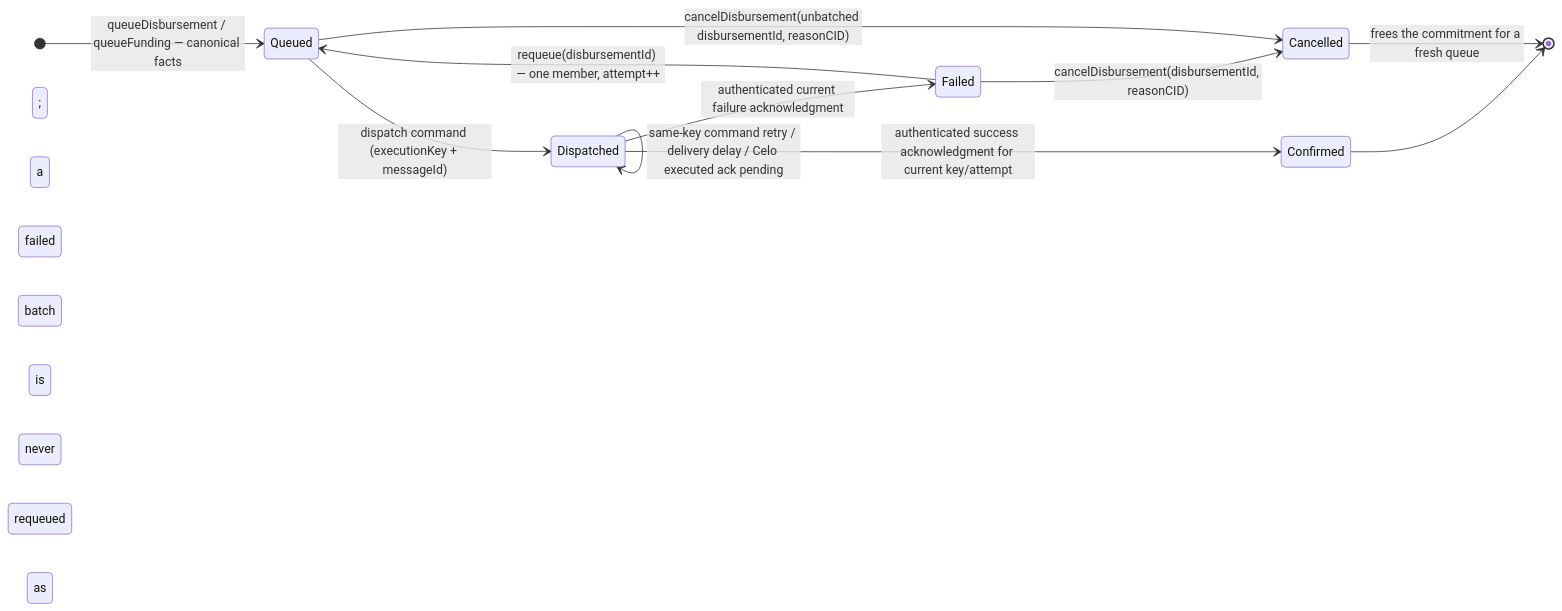
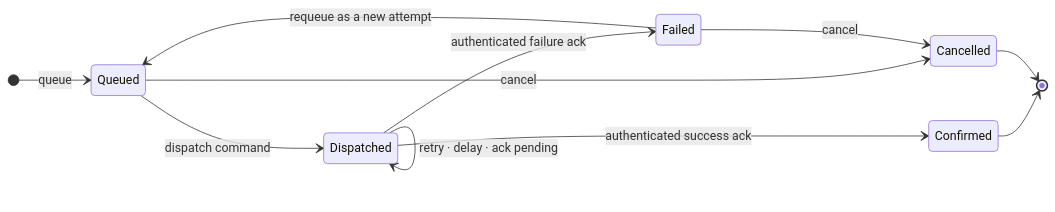
Before and after one commit to greenpill-dev-guild/green-goods: diagram 24 of 34 in .plans/active/commitment-pooling/diagrams.md, drawn with Mermaid. The commit also changed other lines of this file and 2 other files, not shown here.

First line of the commit message:
docs(plans): commitment pooling gallery — Reference tab, diagram declutter, render fixes

````diff
--- a/.plans/active/commitment-pooling/diagrams.md
+++ b/.plans/active/commitment-pooling/diagrams.md
@@ -1224,14 +1220,14 @@
 ```mermaid
 stateDiagram-v2
   direction LR
-  [*] --> Queued : queueDisbursement / queueFunding — canonical facts
-  Queued --> Dispatched : dispatch command (executionKey + messageId)
-  Dispatched --> Dispatched : same-key command retry / delivery delay / Celo executed ack pending
-  Dispatched --> Confirmed : authenticated success acknowledgment for current key/attempt
-  Dispatched --> Failed : authenticated current failure acknowledgment
-  Failed --> Queued : requeue(disbursementId) — one member, attempt++; a failed batch is never requeued as a batch
-  Failed --> Cancelled : cancelDisbursement(disbursementId, reasonCID)
-  Queued --> Cancelled : cancelDisbursement(unbatched disbursementId, reasonCID)
+  [*] --> Queued : queue
+  Queued --> Dispatched : dispatch command
+  Dispatched --> Dispatched : retry · delay · ack pending
+  Dispatched --> Confirmed : authenticated success ack
+  Dispatched --> Failed : authenticated failure ack
+  Failed --> Queued : requeue as a new attempt
+  Queued --> Cancelled : cancel
+  Failed --> Cancelled : cancel
   Confirmed --> [*]
-  Cancelled --> [*] : frees the commitment for a fresh queue
+  Cancelled --> [*]
 ```
````
